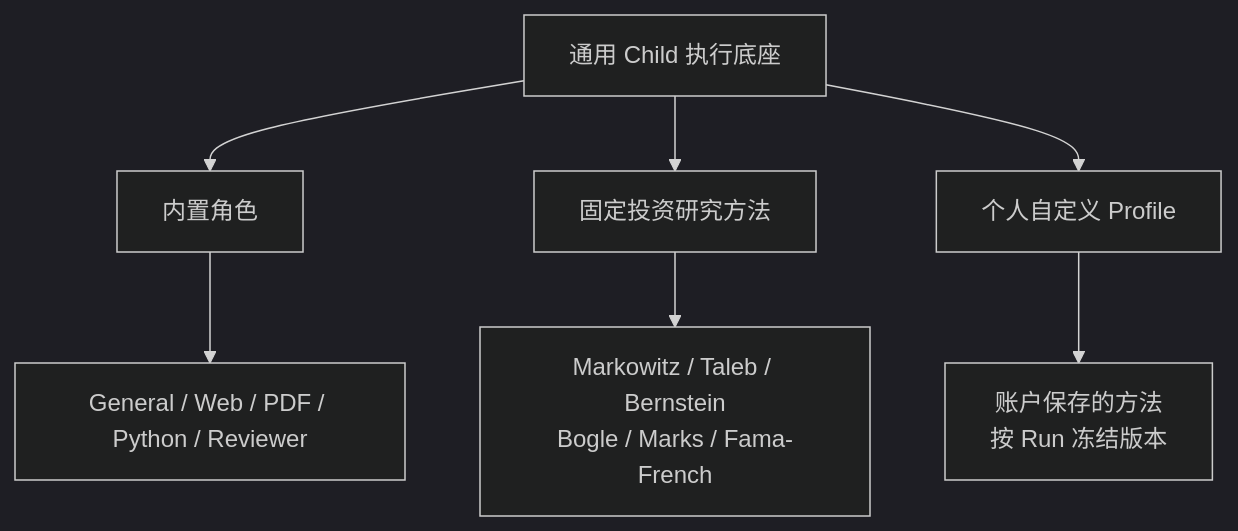
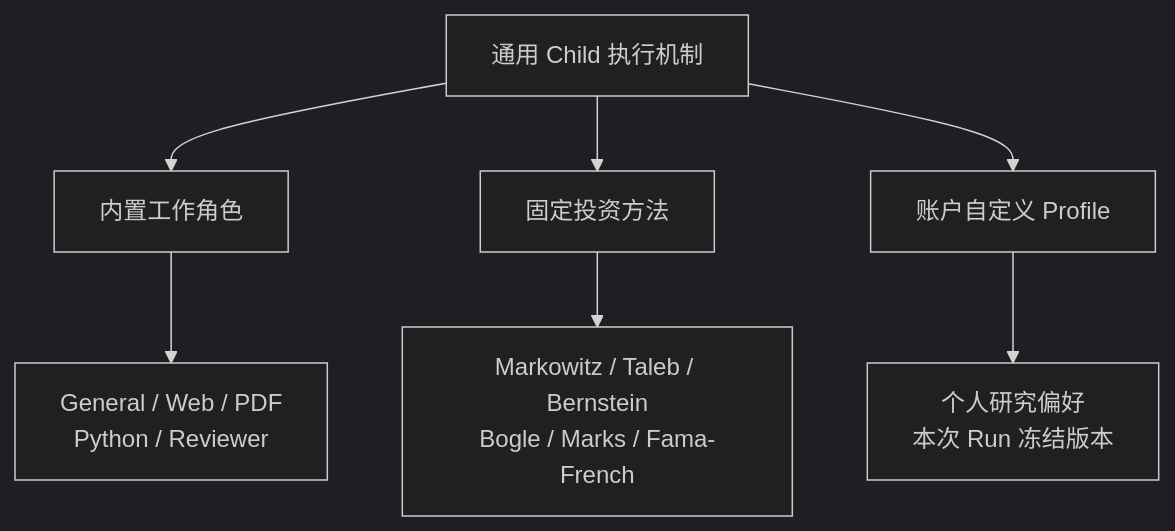
One commit to hpoenixf/eff-agent-article changed the first of 4 diagrams in articles/agent-subagent-context-specialization.md. Above: the diagram before and after it, drawn with Mermaid (dark theme). The commit also changed other lines of this file, not shown here.

````diff
--- a/articles/agent-subagent-context-specialization.md
+++ b/articles/agent-subagent-context-specialization.md
@@ -15,16 +27,16 @@
 ```mermaid
 flowchart TD
-    Runtime["通用 Child 执行底座"]
-    Builtin["内置角色"]
-    Methods["固定投资研究方法"]
-    Custom["个人自定义 Profile"]
-    Roles["General / Web / PDF / Python / Reviewer"]
+    Runtime["通用 Child 执行机制"]
+    Builtin["内置工作角色"]
+    Methods["固定投资方法"]
+    Custom["账户自定义 Profile"]
+    Roles["General / Web / PDF<br/>Python / Reviewer"]
     Invest["Markowitz / Taleb / Bernstein<br/>Bogle / Marks / Fama-French"]
-    User["账户保存的方法<br/>按 Run 冻结版本"]
+    User["个人研究偏好<br/>本次 Run 冻结版本"]
     Runtime --> Builtin
     Runtime --> Methods
     Runtime --> Custom
     Builtin --> Roles
     Methods --> Invest
     Custom --> User
 ```
````
